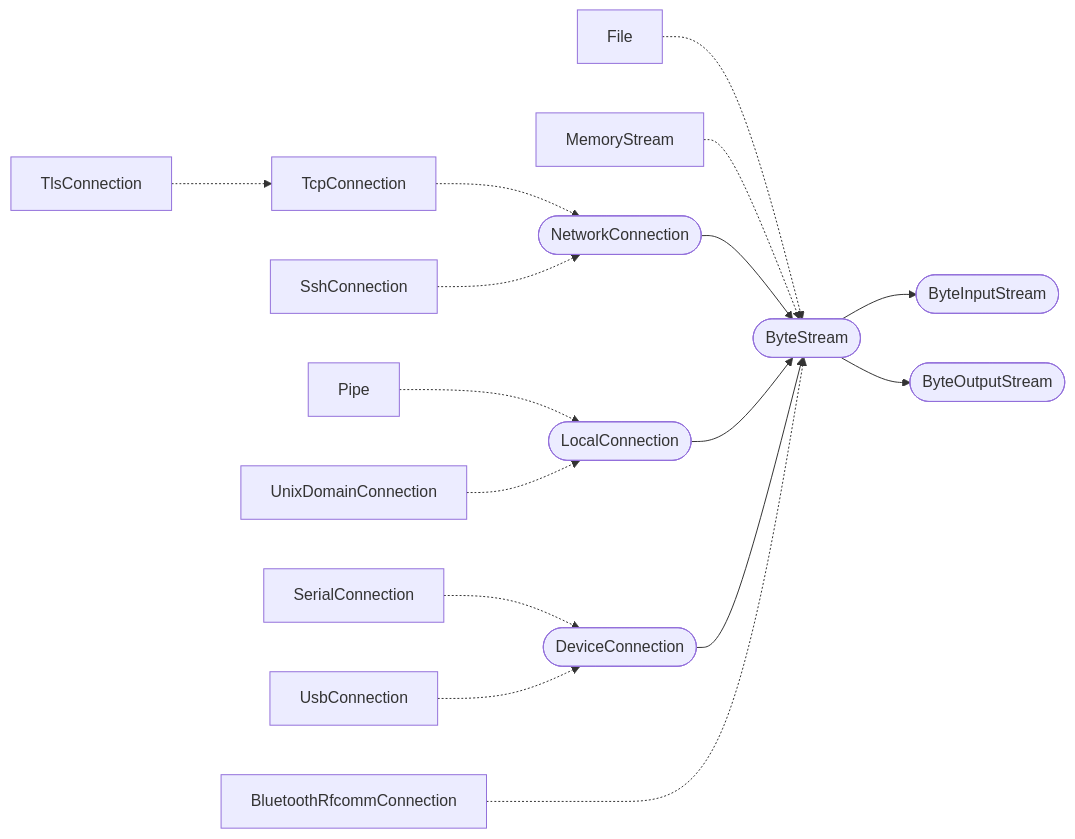
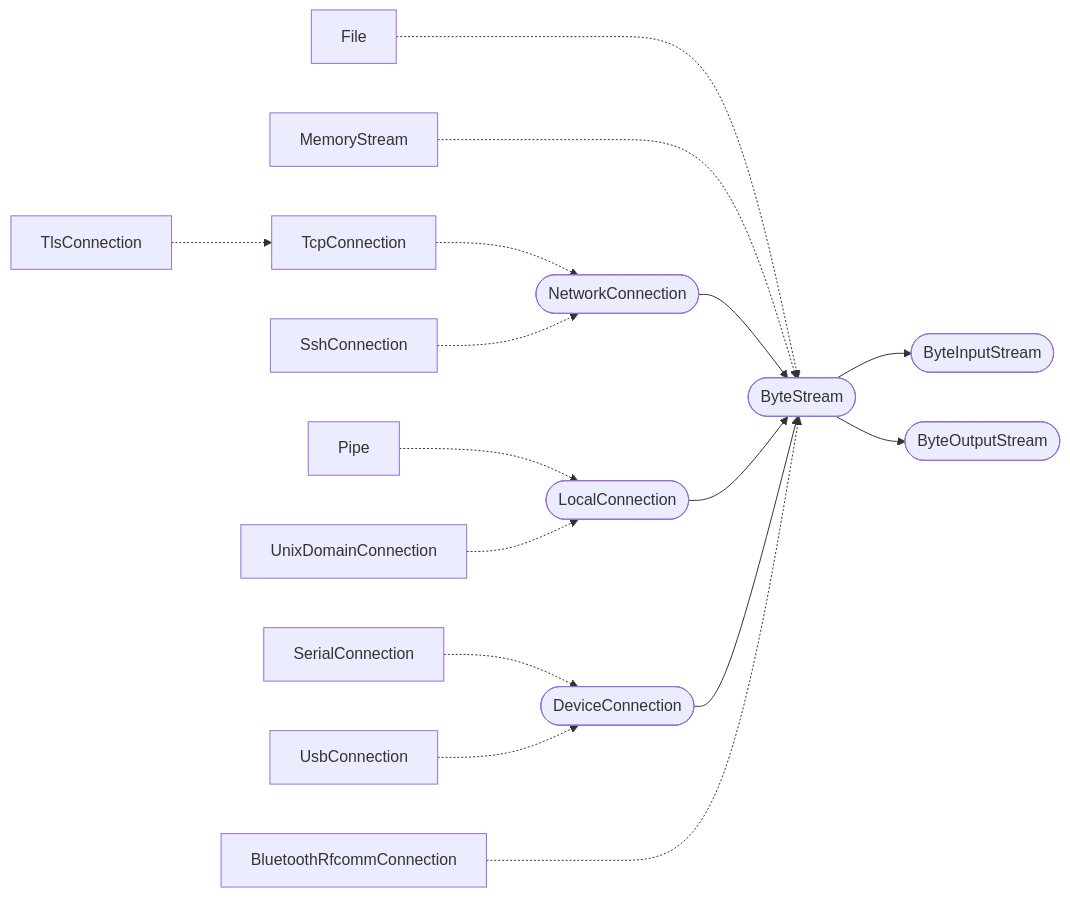
One commit to laro/Cilia changed the diagram in 2 Standard Lib/7 ByteStream & IO.md. Above: the diagram before and after it, drawn with Mermaid.

Commit message:
Update 7 ByteStream & IO.md

````diff
--- a/2 Standard Lib/7 ByteStream & IO.md
+++ b/2 Standard Lib/7 ByteStream & IO.md
@@ -137,41 +137,41 @@
 ```mermaid
 %%{init: {'themeVariables': {'fontFamily': 'monospace'}}}%%
 flowchart LR
     File[File]
     MemoryStream[MemoryStream]
     NetworkConnection([NetworkConnection])
     TcpConnection[TcpConnection]
     TlsConnection[TlsConnection]
     SshConnection[SshConnection]
     LocalConnection([LocalConnection])
     Pipe[Pipe]
     UnixDomainConnection[UnixDomainConnection]
     DeviceConnection([DeviceConnection])
     SerialConnection[SerialConnection]
     UsbConnection[UsbConnection]
     BluetoothRfcommConnection[BluetoothRfcommConnection]
     
     ByteStream([ByteStream])
     ByteInputStream([ByteInputStream])
     ByteOutputStream([ByteOutputStream])
     
-    File -.-> ByteStream
-    MemoryStream -.-> ByteStream
+    File -..-> ByteStream
+    MemoryStream -..-> ByteStream
     NetworkConnection --> ByteStream
     LocalConnection --> ByteStream
     DeviceConnection --> ByteStream
     BluetoothRfcommConnection -..-> ByteStream
     
     TcpConnection -.-> NetworkConnection
     TlsConnection -.-> TcpConnection
     SshConnection -.-> NetworkConnection
     
     Pipe -.-> LocalConnection
     UnixDomainConnection -.-> LocalConnection
     
     SerialConnection -.-> DeviceConnection
     UsbConnection -.-> DeviceConnection
     
     ByteStream --> ByteInputStream
     ByteStream --> ByteOutputStream
 ```
````
